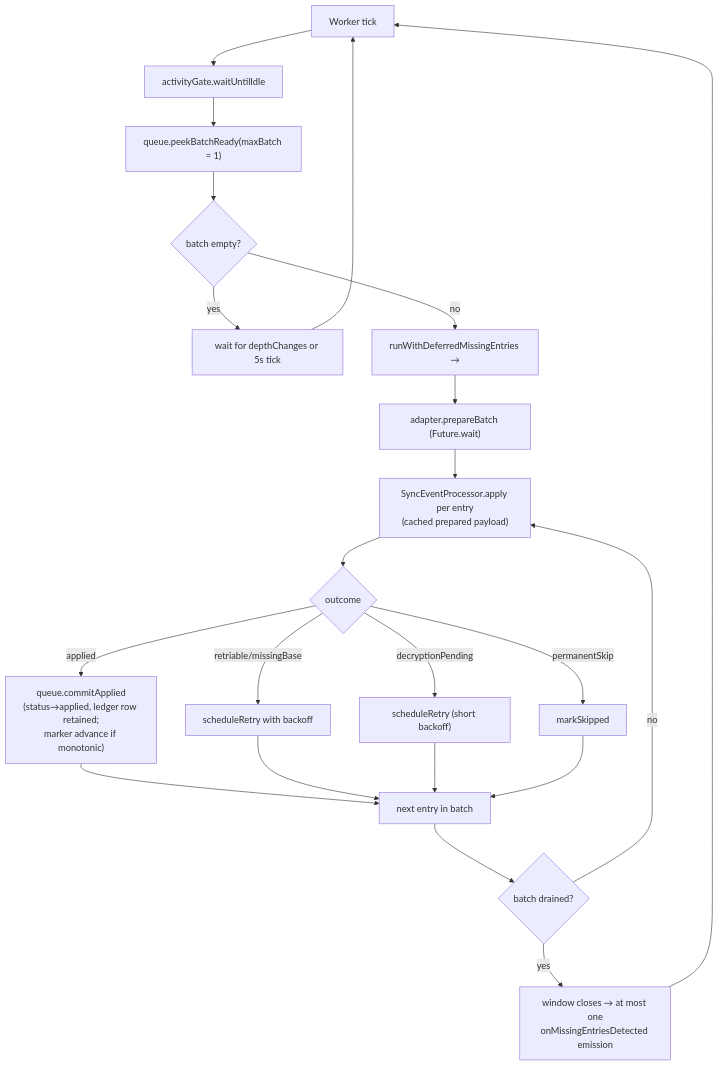
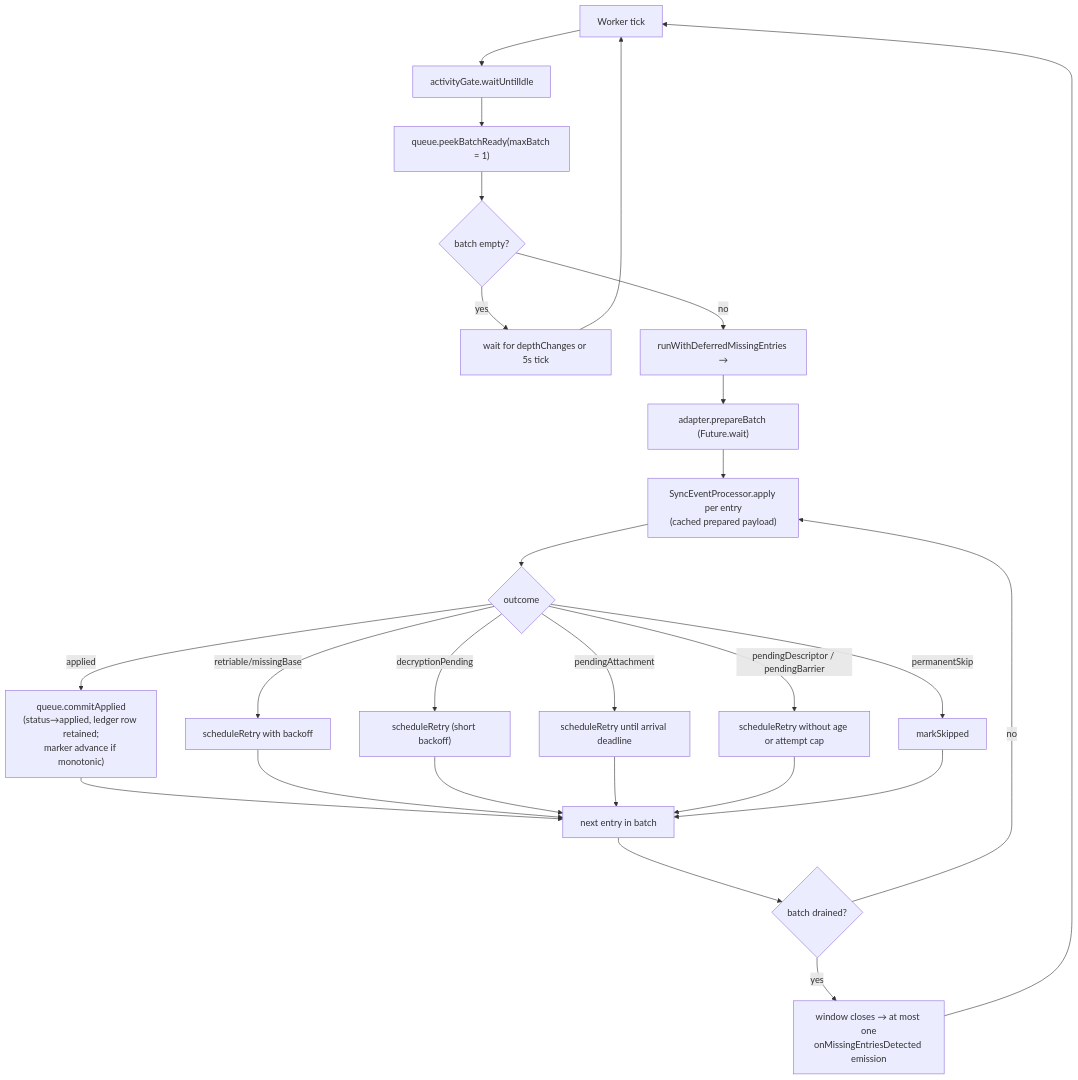
Before and after one commit to matthiasn/lotti: the fourth of 6 diagrams in knowledge/features/sync/receive-path.md, drawn with Mermaid. The commit also changed other lines of this file and 13 other files, not shown here.

````diff
--- a/knowledge/features/sync/receive-path.md
+++ b/knowledge/features/sync/receive-path.md
@@ -327,24 +354,28 @@
 ```mermaid
 flowchart TD
     Tick["Worker tick"] --> Gate["activityGate.waitUntilIdle"]
     Gate --> Peek["queue.peekBatchReady(maxBatch = 1)"]
     Peek --> Empty{"batch empty?"}
     Empty -->|yes| Wait["wait for depthChanges or 5s tick"]
     Wait --> Tick
     Empty -->|no| Window["runWithDeferredMissingEntries →"]
     Window --> PrepareAll["adapter.prepareBatch (Future.wait)"]
     PrepareAll --> Apply["SyncEventProcessor.apply per entry<br/>(cached prepared payload)"]
     Apply --> Outcome{"outcome"}
     Outcome -->|applied| Commit["queue.commitApplied<br/>(status→applied, ledger row retained;<br/>marker advance if monotonic)"]
     Outcome -->|retriable/missingBase| Retry["scheduleRetry with backoff"]
     Outcome -->|decryptionPending| DecryptRetry["scheduleRetry (short backoff)"]
+    Outcome -->|pendingAttachment| AttachmentRetry["scheduleRetry until arrival deadline"]
+    Outcome -->|pendingDescriptor / pendingBarrier| PeriodicRetry["scheduleRetry without age or attempt cap"]
     Outcome -->|permanentSkip| Skip["markSkipped"]
     Commit --> NextEntry["next entry in batch"]
     Retry --> NextEntry
     DecryptRetry --> NextEntry
+    AttachmentRetry --> NextEntry
+    PeriodicRetry --> NextEntry
     Skip --> NextEntry
     NextEntry --> WindowClose{"batch drained?"}
     WindowClose -->|no| Apply
     WindowClose -->|yes| Emit["window closes → at most one<br/>onMissingEntriesDetected emission"]
     Emit --> Tick
 ```
````
